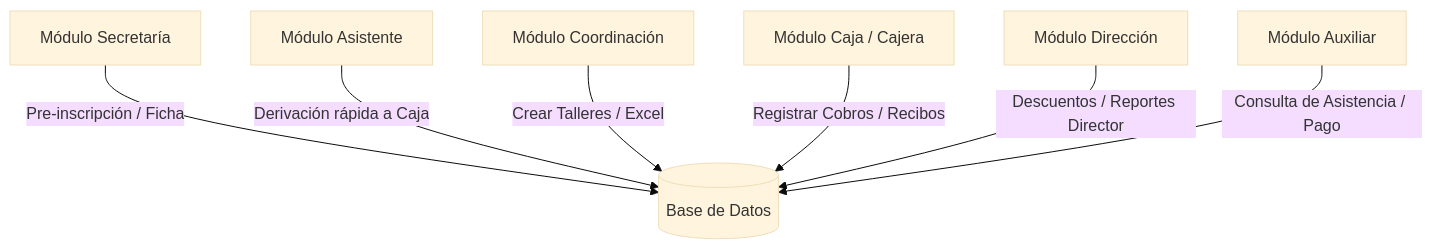
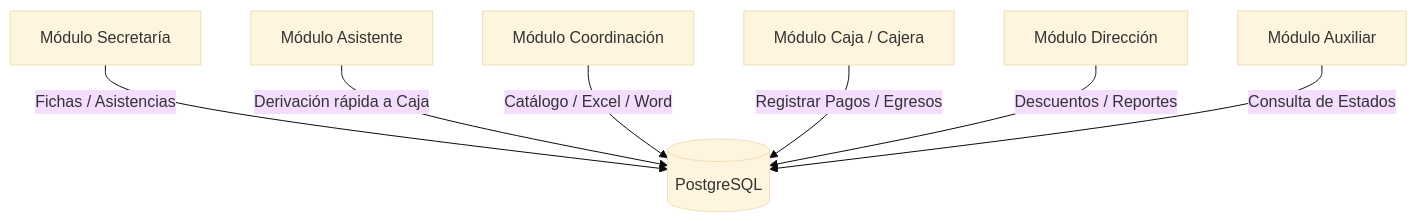
One commit to JUANLCHUMBE5/Modulo_extracurricular changed the diagram in docs/requisitos_funcionales.md. Above: the diagram before and after it, drawn with Mermaid (base theme). The commit also changed other lines of this file, not shown here.

````diff
--- a/docs/requisitos_funcionales.md
+++ b/docs/requisitos_funcionales.md
@@ -11,9 +11,9 @@
 ```mermaid
 graph TD
-    Sec[Módulo Secretaría] -->|Pre-inscripción / Ficha| DB[(Base de Datos)]
+    Sec[Módulo Secretaría] -->|Fichas / Asistencias| DB[(PostgreSQL)]
     Asis[Módulo Asistente] -->|Derivación rápida a Caja| DB
-    Coord[Módulo Coordinación] -->|Crear Talleres / Excel| DB
-    Caja[Módulo Caja / Cajera] -->|Registrar Cobros / Recibos| DB
-    Dir[Módulo Dirección] -->|Descuentos / Reportes Director| DB
-    Aux[Módulo Auxiliar] -->|Consulta de Asistencia / Pago| DB
+    Coord[Módulo Coordinación] -->|Catálogo / Excel / Word| DB
+    Caja[Módulo Caja / Cajera] -->|Registrar Pagos / Egresos| DB
+    Dir[Módulo Dirección] -->|Descuentos / Reportes| DB
+    Aux[Módulo Auxiliar] -->|Consulta de Estados| DB
 ```
````
